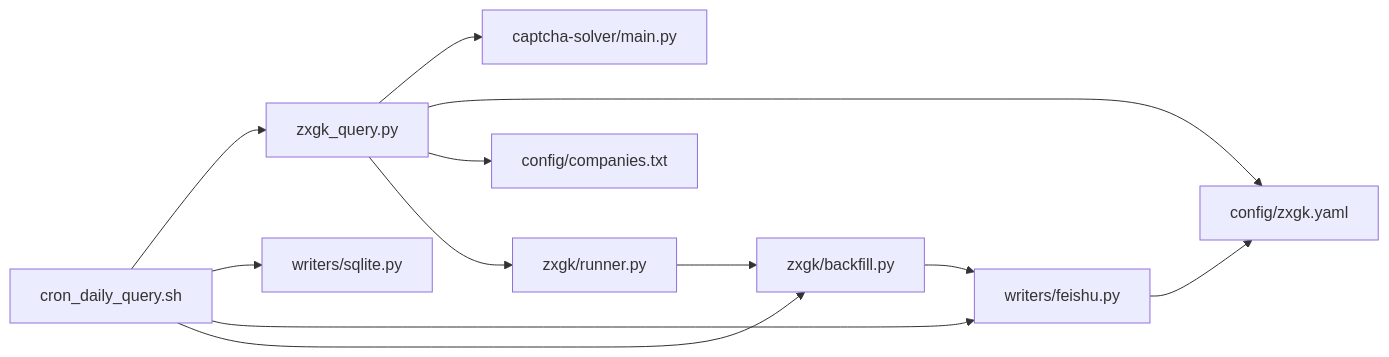
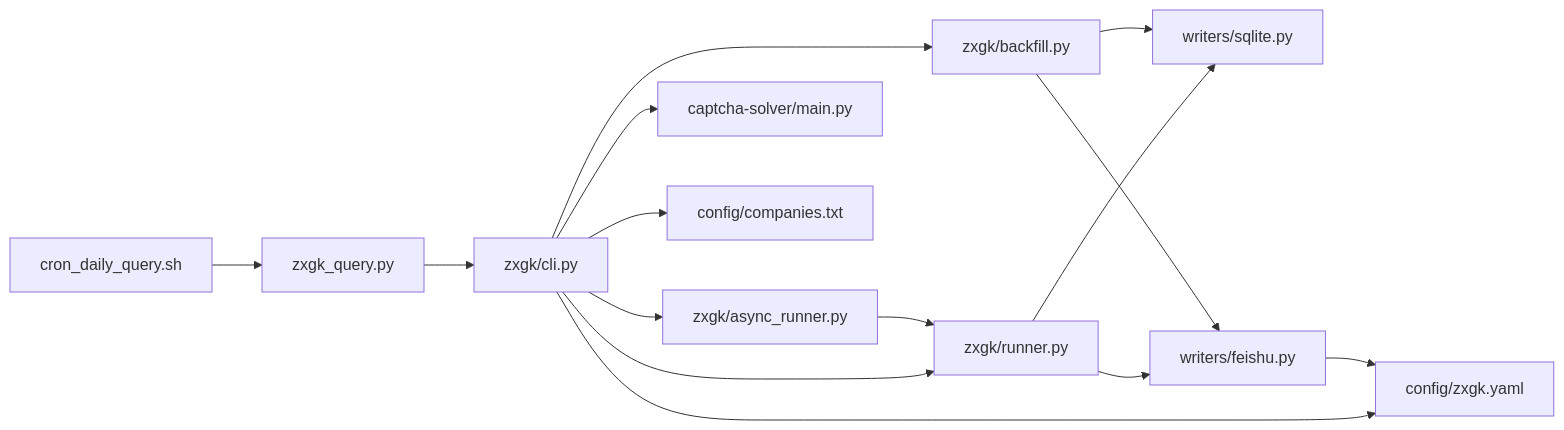
Before and after one commit to supotato-ipj/zxgk_auto_query-skill: the sixth of 6 diagrams in .qoder/repowiki/en/content/Daily Workflow Orchestration.md, drawn with Mermaid. The commit also changed other lines of this file and 19 other files, not shown here.

````diff
--- a/.qoder/repowiki/en/content/Daily Workflow Orchestration.md
+++ b/.qoder/repowiki/en/content/Daily Workflow Orchestration.md
@@ -437,14 +466,17 @@
 ```mermaid
 graph LR
-CRON["cron_daily_query.sh"] --> ZHQ["zxgk_query.py"]
-CRON --> WSQL["writers/sqlite.py"]
-CRON --> WFS["writers/feishu.py"]
-CRON --> BACKFILL["zxgk/backfill.py"]
-ZHQ --> CAP["captcha-solver/main.py"]
-ZHQ --> CFG["config/zxgk.yaml"]
-ZHQ --> COMPS["config/companies.txt"]
-ZHQ --> RUNNER["zxgk/runner.py"]
-RUNNER --> BACKFILL
-BACKFILL --> WFS
-WFS --> CFG
+CRON["cron_daily_query.sh"] --> ENTRY["zxgk_query.py"]
+ENTRY --> CLI["zxgk/cli.py"]
+CLI --> RUNNER["zxgk/runner.py"]
+CLI --> ASYNC["zxgk/async_runner.py"]
+CLI --> BACKFILL["zxgk/backfill.py"]
+CLI --> CAP["captcha-solver/main.py"]
+CLI --> CFG["config/zxgk.yaml"]
+CLI --> COMPS["config/companies.txt"]
+RUNNER --> SQLITE["writers/sqlite.py"]
+RUNNER --> FEISHU["writers/feishu.py"]
+ASYNC --> RUNNER
+BACKFILL --> FEISHU
+BACKFILL --> SQLITE
+FEISHU --> CFG
 ```
````
